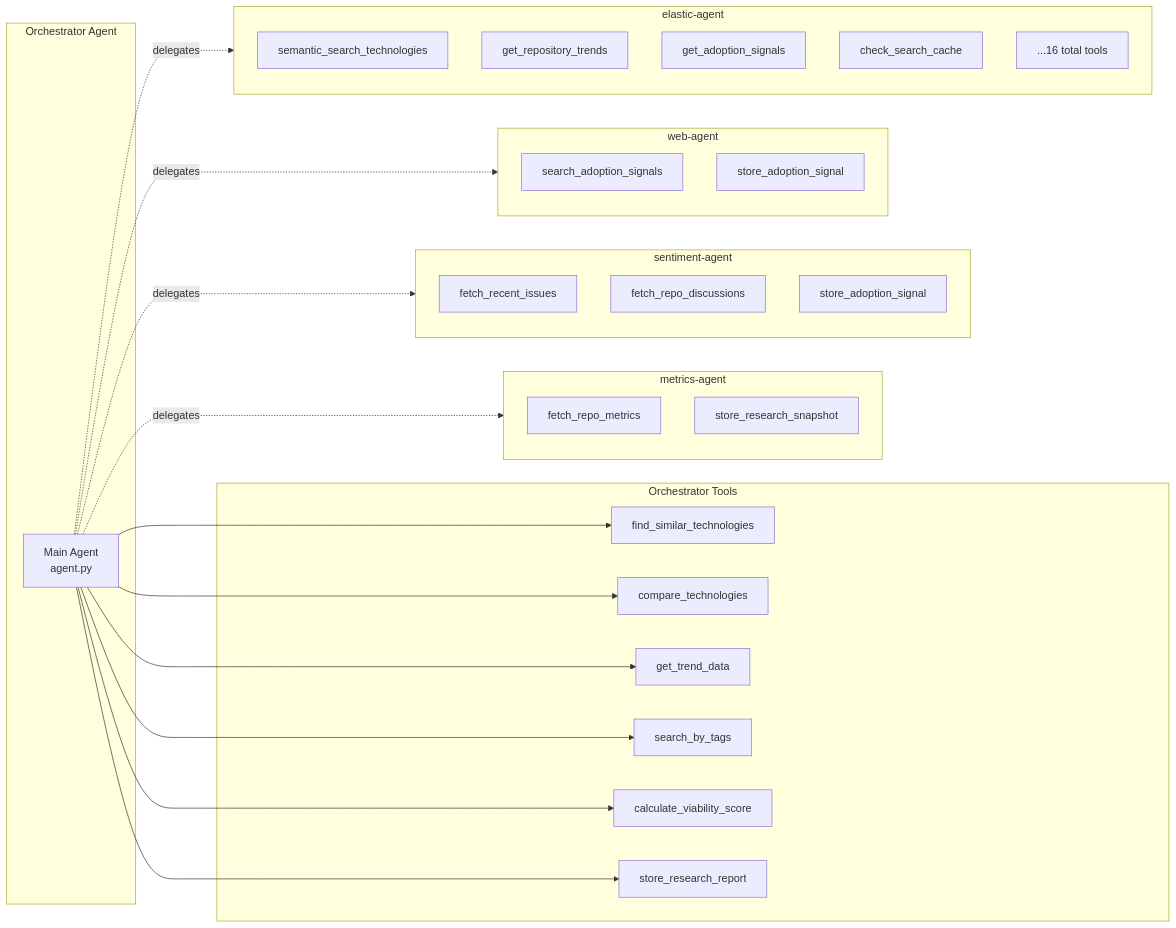
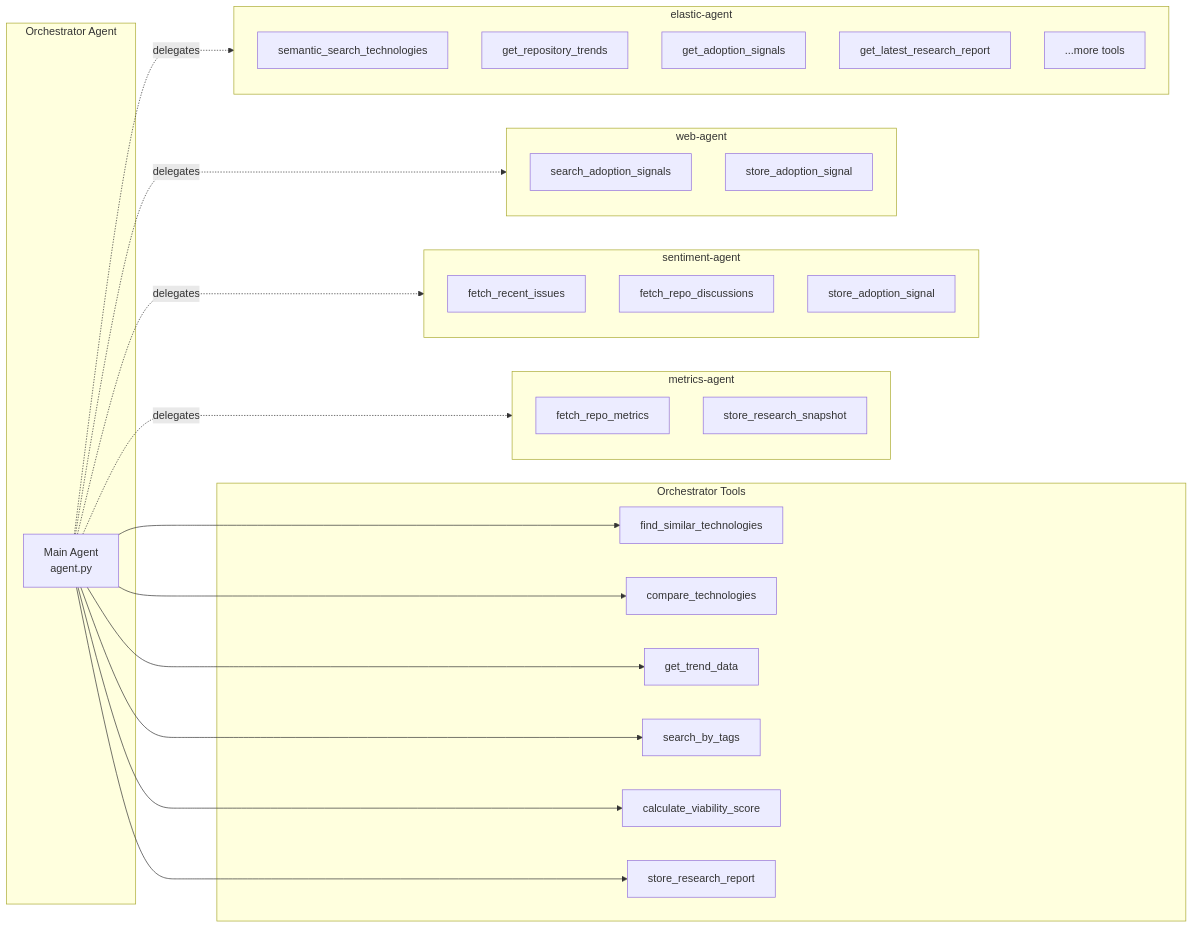
The second of 4 diagrams in README.md (justincastilla/DevRel-DeepAgent), drawn with Mermaid before and after one commit. The commit also changed other lines of this file and 22 other files, not shown here.

````diff
--- a/README.md
+++ b/README.md
@@ -112,42 +117,42 @@
 ```mermaid
 flowchart LR
     subgraph Main["Orchestrator Agent"]
         O[Main Agent<br/>agent.py]
     end
 
     subgraph Tools["Orchestrator Tools"]
         T1[find_similar_technologies]
         T2[compare_technologies]
         T3[get_trend_data]
         T4[search_by_tags]
         T5[calculate_viability_score]
         T6[store_research_report]
     end
 
     subgraph Sub1["metrics-agent"]
         M1[fetch_repo_metrics]
         M2[store_research_snapshot]
     end
 
     subgraph Sub2["sentiment-agent"]
         S1[fetch_recent_issues]
         S2[fetch_repo_discussions]
         S3[store_adoption_signal]
     end
 
     subgraph Sub3["web-agent"]
         W1[search_adoption_signals]
         W2[store_adoption_signal]
     end
 
     subgraph Sub4["elastic-agent"]
         E1[semantic_search_technologies]
         E2[get_repository_trends]
         E3[get_adoption_signals]
-        E4[check_search_cache]
-        E5[...16 total tools]
+        E4[get_latest_research_report]
+        E5[...more tools]
     end
 
     O --> T1 & T2 & T3 & T4 & T5 & T6
     O -.->|delegates| Sub1 & Sub2 & Sub3 & Sub4
 ```
````
